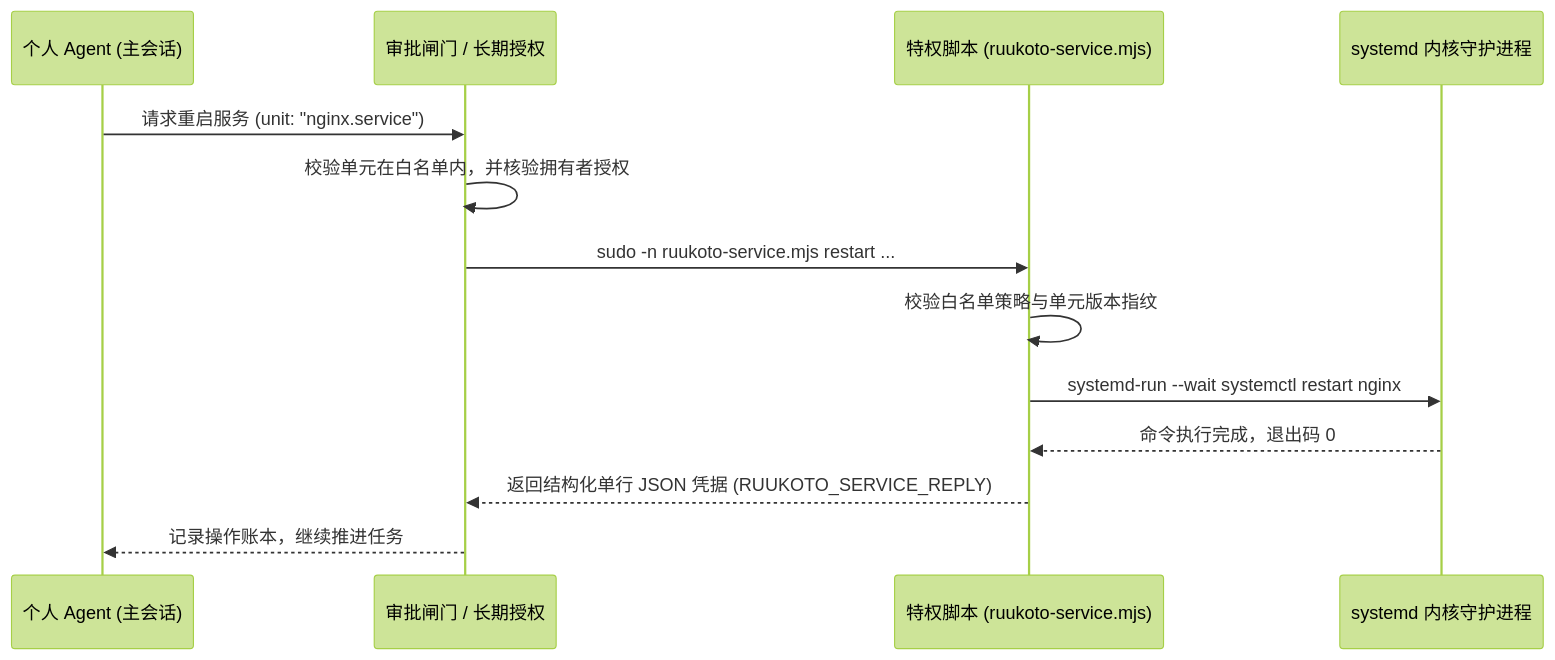
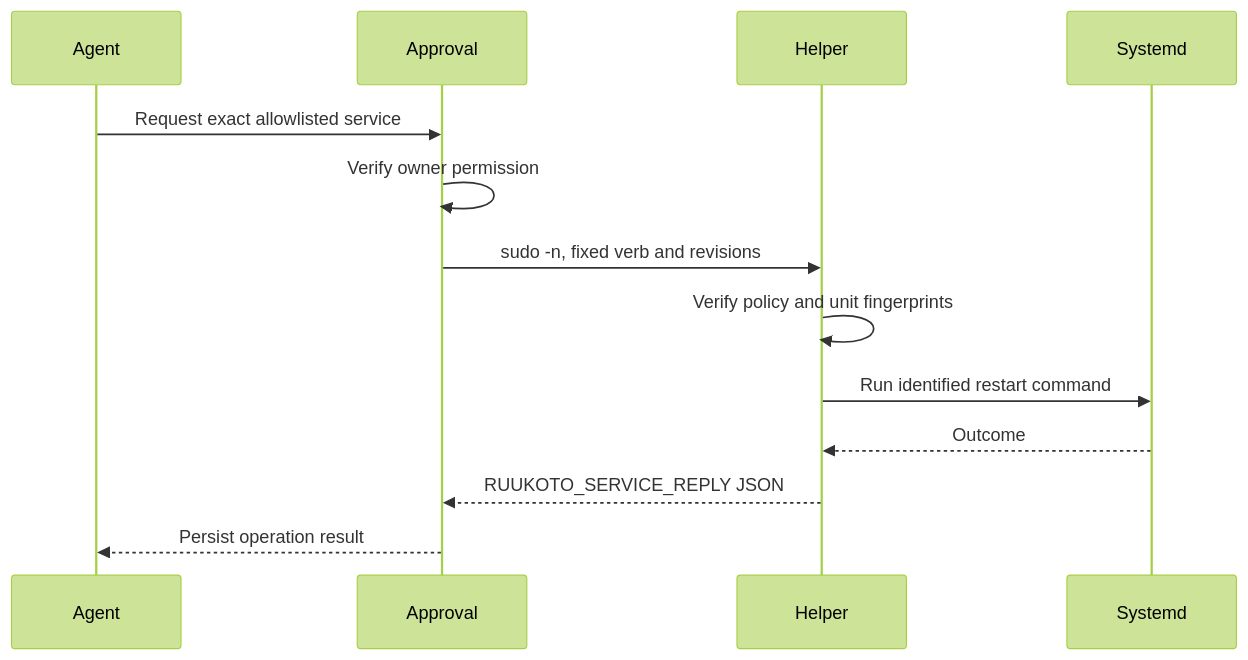
One commit to num-lab/Ruukoto changed the diagram in docs/modules/deploy.md. Above: the diagram before and after it, drawn with Mermaid (forest theme). The commit also changed other lines of this file and 3987 other files, not shown here.

````diff
--- a/docs/modules/deploy.md
+++ b/docs/modules/deploy.md
@@ -63,16 +41,15 @@
 ```mermaid
 sequenceDiagram
-  participant Agent as 个人 Agent (主会话)
-  participant Gate as 审批闸门 / 长期授权
-  participant Helper as 特权脚本 (ruukoto-service.mjs)
-  participant Systemd as systemd 内核守护进程
-
-  Agent->>Gate: 请求重启服务 (unit: "nginx.service")
-  Gate->>Gate: 校验单元在白名单内，并核验拥有者授权
-  Gate->>Helper: sudo -n ruukoto-service.mjs restart ...
-  Helper->>Helper: 校验白名单策略与单元版本指纹
-  Helper->>Systemd: systemd-run --wait systemctl restart nginx
-  Systemd-->>Helper: 命令执行完成，退出码 0
-  Helper-->>Gate: 返回结构化单行 JSON 凭据 (RUUKOTO_SERVICE_REPLY)
-  Gate-->>Agent: 记录操作账本，继续推进任务
+  participant Agent
+  participant Approval
+  participant Helper
+  participant Systemd
+  Agent->>Approval: Request exact allowlisted service
+  Approval->>Approval: Verify owner permission
+  Approval->>Helper: sudo -n, fixed verb and revisions
+  Helper->>Helper: Verify policy and unit fingerprints
+  Helper->>Systemd: Run identified restart command
+  Systemd-->>Helper: Outcome
+  Helper-->>Approval: RUUKOTO_SERVICE_REPLY JSON
+  Approval-->>Agent: Persist operation result
 ```
````
